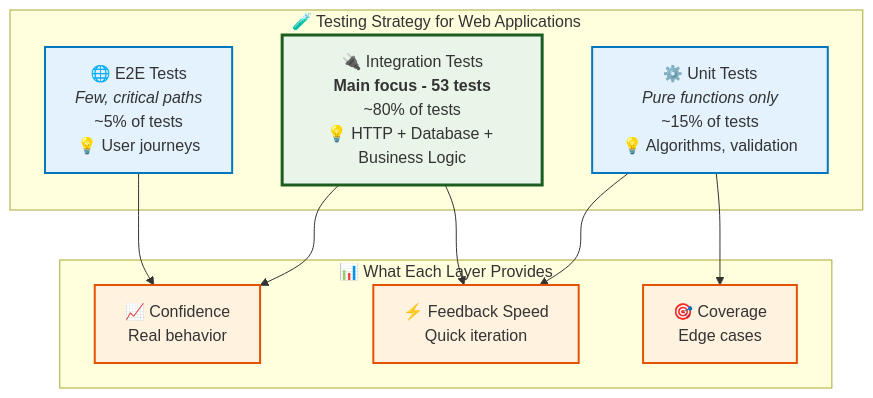
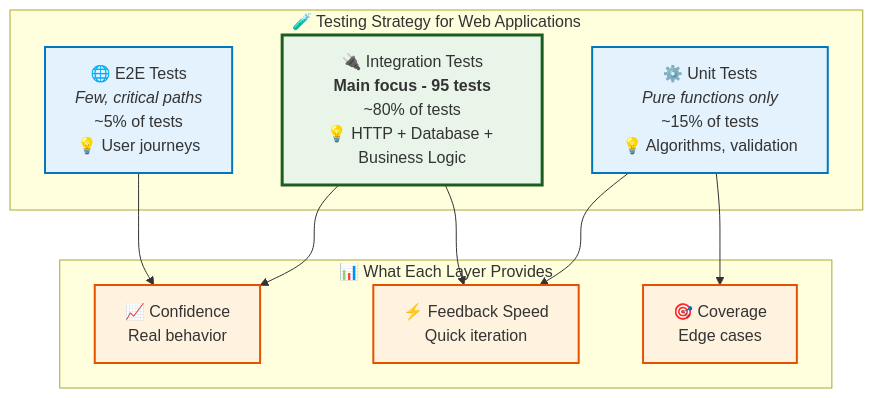
One commit to quanhua92/rust-fullstack-starter changed the first of 2 diagrams in docs/guides/08-testing.md. Above: the diagram before and after it, drawn with Mermaid. The commit also changed other lines of this file and 42 other files, not shown here.

````diff
--- a/docs/guides/08-testing.md
+++ b/docs/guides/08-testing.md
@@ -54,30 +54,30 @@
 ```mermaid
 graph TD
     subgraph "🧪 Testing Strategy for Web Applications"
         E2E[🌐 E2E Tests<br/><i>Few, critical paths</i><br/>~5% of tests<br/>💡 User journeys]
         
-        INTEGRATION[🔌 Integration Tests<br/><b>Main focus - 53 tests</b><br/>~80% of tests<br/>💡 HTTP + Database + Business Logic]
+        INTEGRATION[🔌 Integration Tests<br/><b>Main focus - 95 tests</b><br/>~80% of tests<br/>💡 HTTP + Database + Business Logic]
         
         UNIT[⚙️ Unit Tests<br/><i>Pure functions only</i><br/>~15% of tests<br/>💡 Algorithms, validation]
     end
     
     subgraph "📊 What Each Layer Provides"
         CONFIDENCE[📈 Confidence<br/>Real behavior]
         SPEED[⚡ Feedback Speed<br/>Quick iteration]
         COVERAGE[🎯 Coverage<br/>Edge cases]
     end
     
     E2E --> CONFIDENCE
     INTEGRATION --> CONFIDENCE
     INTEGRATION --> SPEED
     UNIT --> SPEED
     UNIT --> COVERAGE
     
     classDef main fill:#e8f5e8,stroke:#1b5e20,stroke-width:3px
     classDef support fill:#e3f2fd,stroke:#0277bd,stroke-width:2px
     classDef benefit fill:#fff3e0,stroke:#e65100,stroke-width:2px
     
     class INTEGRATION main
     class E2E,UNIT support
     class CONFIDENCE,SPEED,COVERAGE benefit
 ```
````
